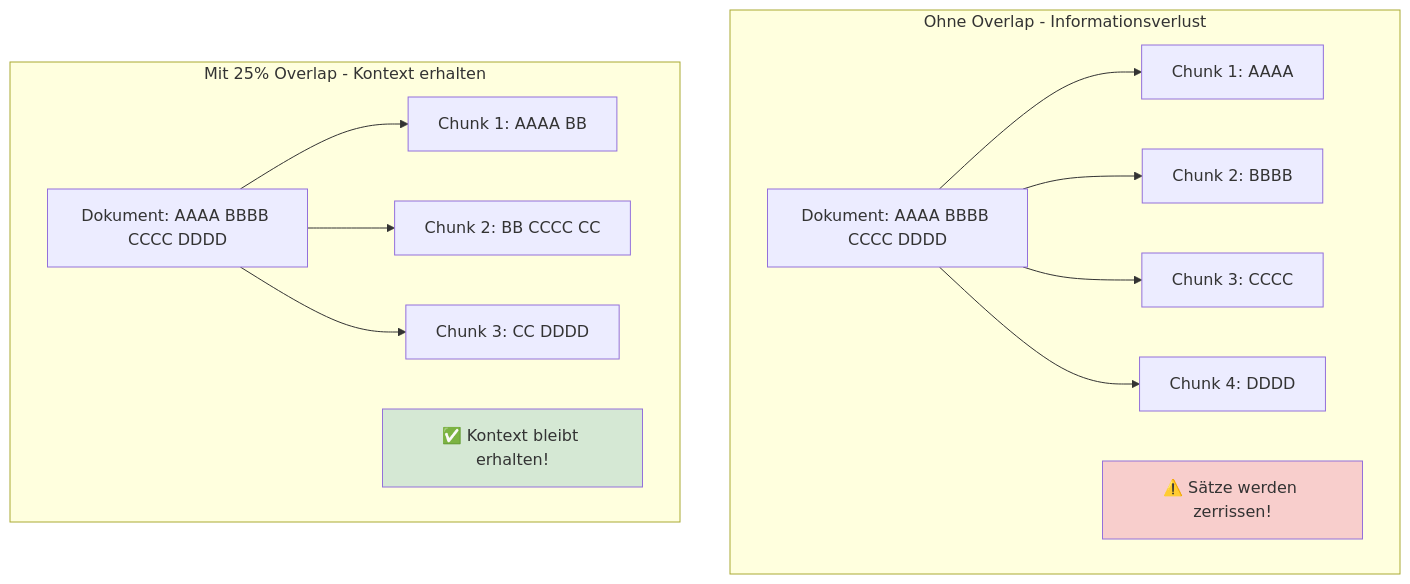
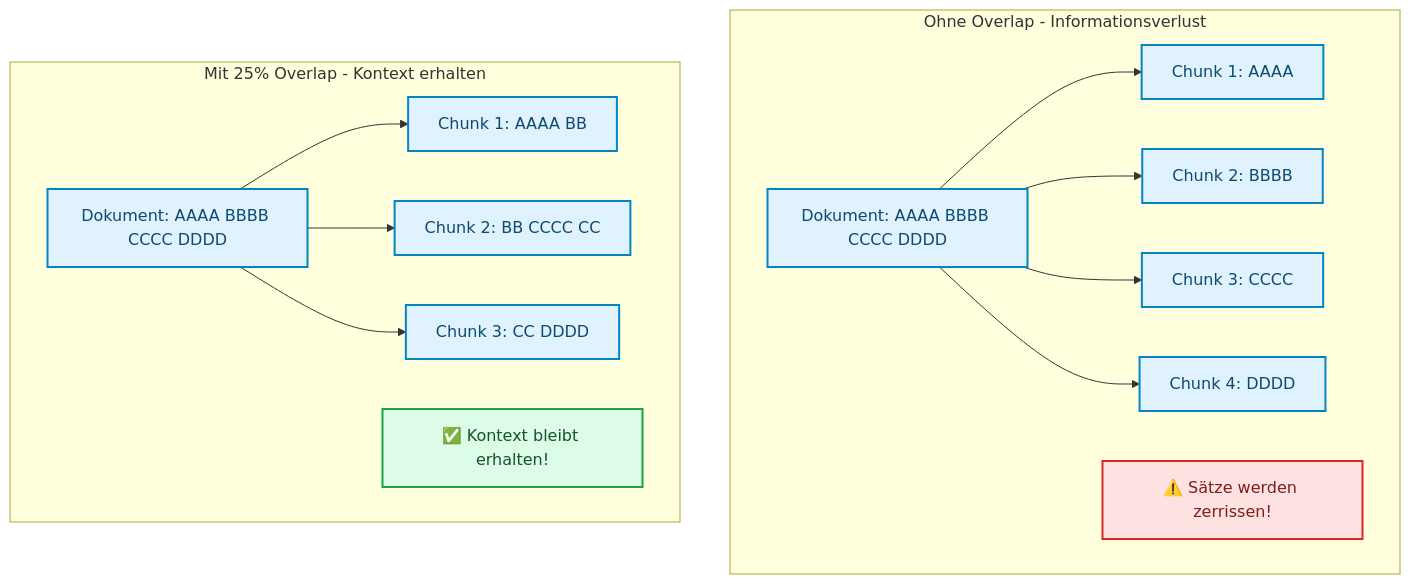
The first of 4 diagrams in docs/05-frameworks/einsteiger-chromadb.md (ralf-42/Agenten), drawn with Mermaid before and after one commit. The commit also changed other lines of this file and 15 other files, not shown here.

````diff
--- a/docs/05-frameworks/einsteiger-chromadb.md
+++ b/docs/05-frameworks/einsteiger-chromadb.md
@@ -281,33 +281,36 @@
 ```mermaid
 flowchart TB
     subgraph "Ohne Overlap - Informationsverlust"
         DOC1[Dokument: AAAA BBBB CCCC DDDD]
         C1[Chunk 1: AAAA]
         C2[Chunk 2: BBBB]
         C3[Chunk 3: CCCC]
         C4[Chunk 4: DDDD]
 
         DOC1 --> C1
         DOC1 --> C2
         DOC1 --> C3
         DOC1 --> C4
 
         WARN1[⚠️ Sätze werden zerrissen!]
     end
 
     subgraph "Mit 25% Overlap - Kontext erhalten"
         DOC2[Dokument: AAAA BBBB CCCC DDDD]
         O1[Chunk 1: AAAA BB]
         O2[Chunk 2: BB CCCC CC]
         O3[Chunk 3: CC DDDD]
 
         DOC2 --> O1
         DOC2 --> O2
         DOC2 --> O3
 
         OK1[✅ Kontext bleibt erhalten!]
     end
 
-    style WARN1 fill:#f8cecc
-    style OK1 fill:#d5e8d4
+    classDef default fill:#e0f2fe,stroke:#0284c7,stroke-width:2px,color:#0c4a6e;
+    classDef output fill:#dcfce7,stroke:#16a34a,stroke-width:2px,color:#14532d;
+    classDef stop fill:#fee2e2,stroke:#dc2626,stroke-width:2px,color:#7f1d1d;
+    class WARN1 stop;
+    class OK1 output;
 ```
````
